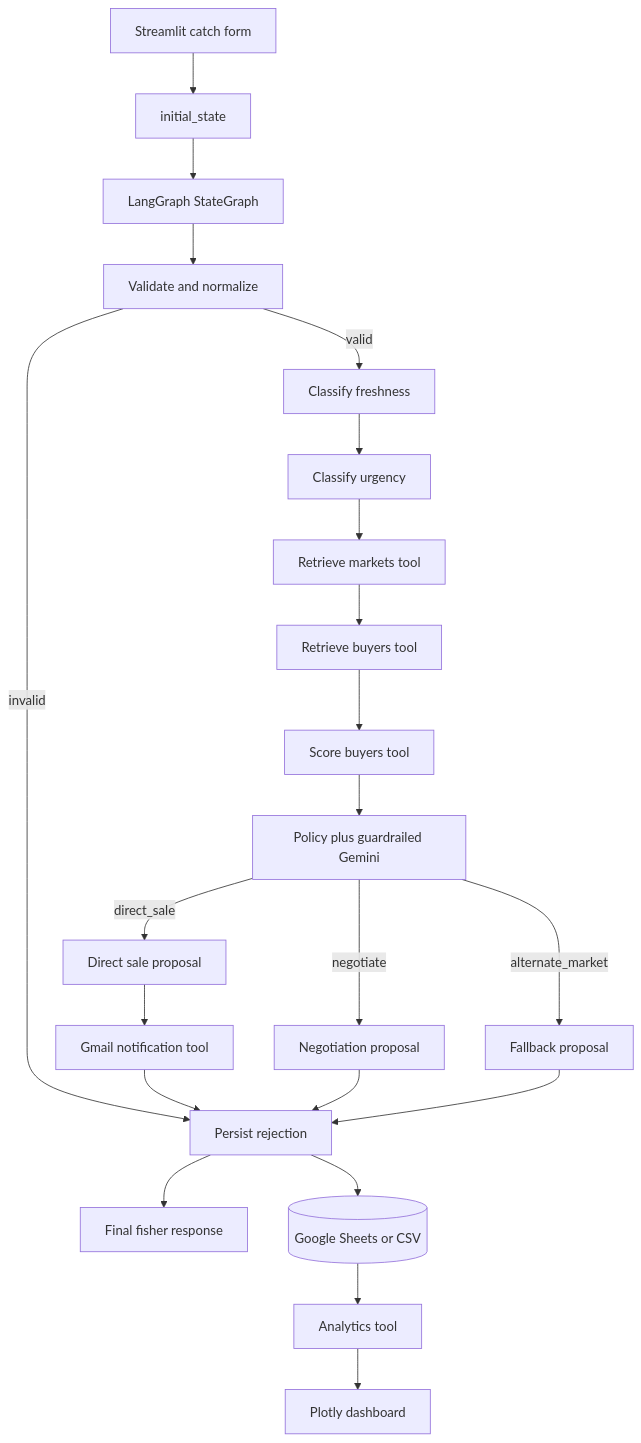
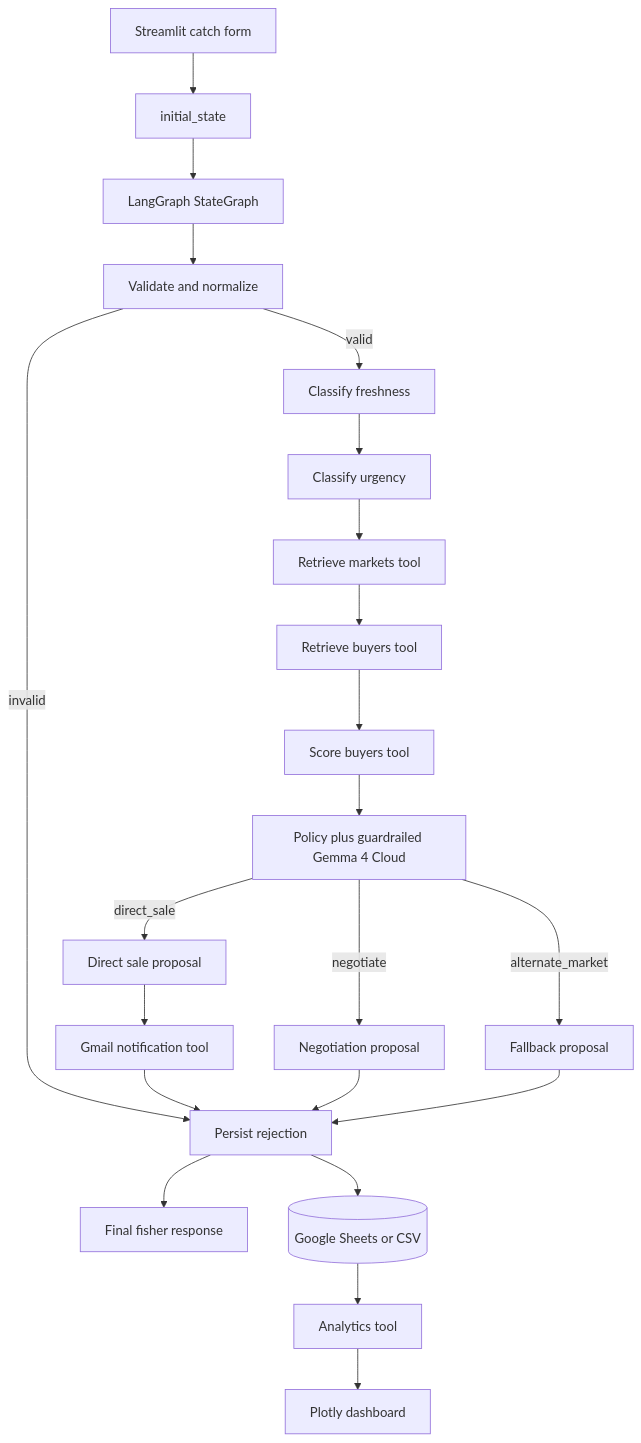
One commit to CodeWithShrey-collab/MatsyaLink-AI changed the diagram in docs/DEVELOPER_GUIDE.md. Above: the diagram before and after it, drawn with Mermaid. The commit also changed other lines of this file and 16 other files, not shown here.

````diff
--- a/docs/DEVELOPER_GUIDE.md
+++ b/docs/DEVELOPER_GUIDE.md
@@ -56,24 +56,24 @@
 ```mermaid
 flowchart TD
     UI["Streamlit catch form"] --> INIT["initial_state"]
     INIT --> SG["LangGraph StateGraph"]
     SG --> V["Validate and normalize"]
     V -->|"invalid"| P["Persist rejection"]
     V -->|"valid"| F["Classify freshness"]
     F --> U["Classify urgency"]
     U --> MR["Retrieve markets tool"]
     MR --> BR["Retrieve buyers tool"]
     BR --> BS["Score buyers tool"]
-    BS --> D["Policy plus guardrailed Gemini"]
+    BS --> D["Policy plus guardrailed Gemma 4 Cloud"]
     D -->|"direct_sale"| DP["Direct sale proposal"]
     D -->|"negotiate"| NP["Negotiation proposal"]
     D -->|"alternate_market"| AP["Fallback proposal"]
     DP --> E["Gmail notification tool"]
     E --> P
     NP --> P
     AP --> P
     P --> R["Final fisher response"]
     P --> DB[("Google Sheets or CSV")]
     DB --> A["Analytics tool"]
     A --> DASH["Plotly dashboard"]
 ```
````
